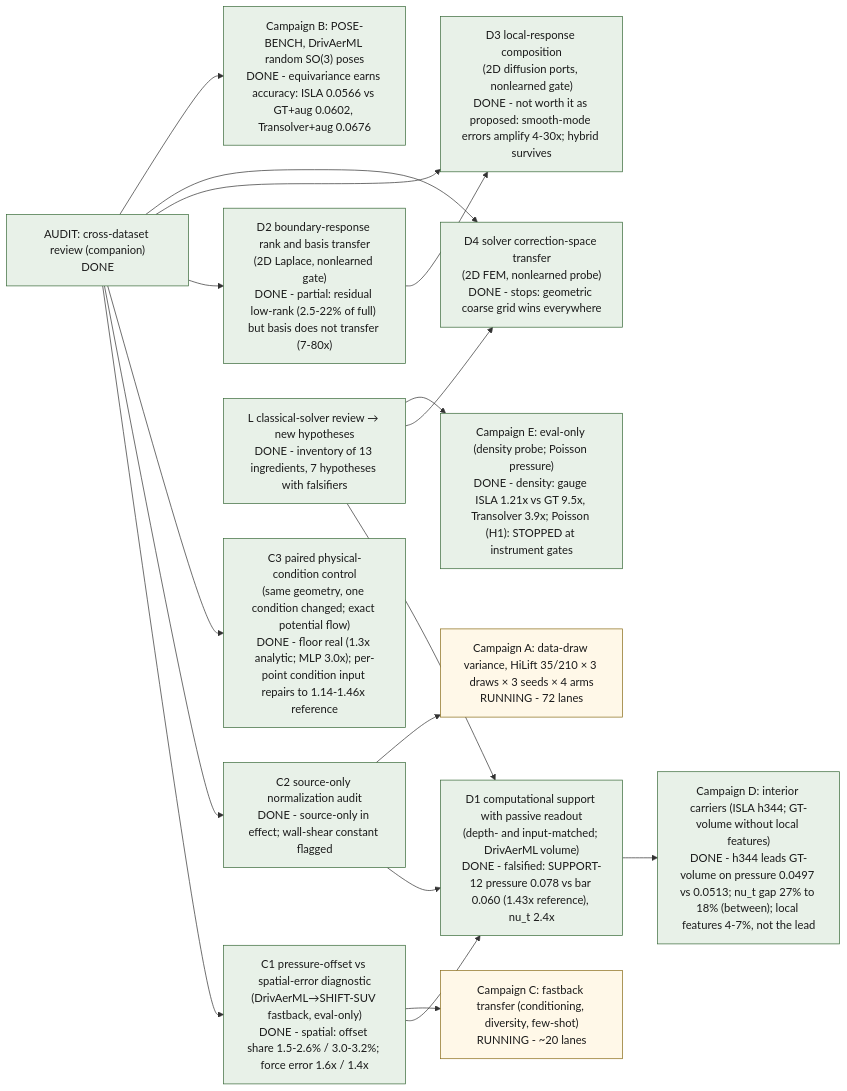
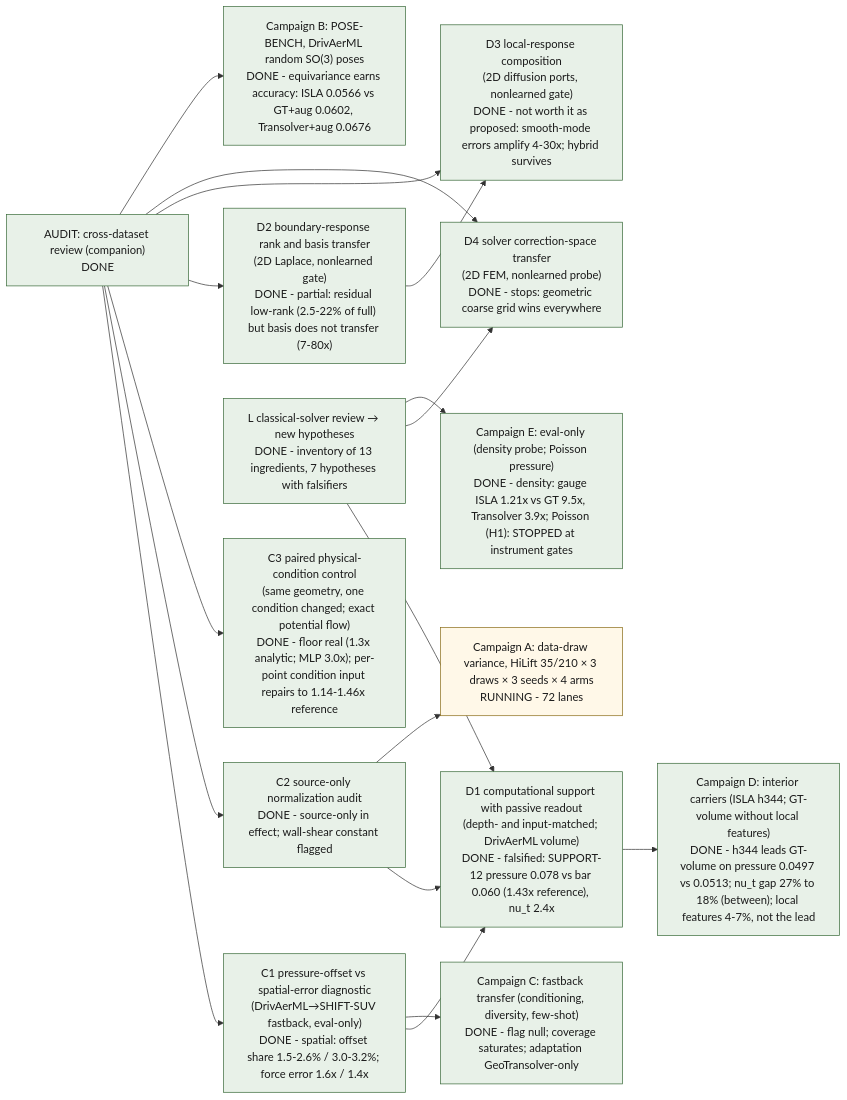
Before and after one commit to peterdsharpe/modulus: the diagram in examples/cfd/mesh_transformer/research/transfer_program/index.qmd, drawn with Mermaid. The commit also changed other lines of this file and 6 other files, not shown here.

Commit message:
Transfer program: campaign C T1 verdict (null: a per-case convention flag changes nothing on the fastback shift; full-source mixing costs ISLA 17%, GeoTransolver 4% in-family); chapter 7 conditioning section; CAMP-C done; artifact

````diff
--- a/examples/cfd/mesh_transformer/research/transfer_program/index.qmd
+++ b/examples/cfd/mesh_transformer/research/transfer_program/index.qmd
@@ -36,37 +36,37 @@
 ```{mermaid}
 flowchart LR
   classDef done fill:#e8f1e8,stroke:#3a6b3a,color:#1a1a1a
   classDef running fill:#fff8e8,stroke:#8a6d1a,color:#1a1a1a
   classDef ready fill:#eef3fb,stroke:#2a5ba8,color:#1a1a1a
   classDef planned fill:#f2f1ec,stroke:#898781,color:#1a1a1a,stroke-dasharray:4 3
   AUDIT["AUDIT: cross-dataset review (companion)<br/>DONE"]:::done
   POFF["C1 pressure-offset vs spatial-error diagnostic<br/>(DrivAerML→SHIFT-SUV fastback, eval-only)<br/>DONE - spatial: offset share 1.5-2.6% / 3.0-3.2%; force error 1.6x / 1.4x"]:::done
   SNORM["C2 source-only normalization audit<br/>DONE - source-only in effect; wall-shear constant flagged"]:::done
   PAIR["C3 paired physical-condition control<br/>(same geometry, one condition changed; exact potential flow)<br/>DONE - floor real (1.3x analytic; MLP 3.0x); per-point condition input repairs to 1.14-1.46x reference"]:::done
   SUPP["D1 computational support with passive readout<br/>(depth- and input-matched; DrivAerML volume)<br/>DONE - falsified: SUPPORT-12 pressure 0.078 vs bar 0.060 (1.43x reference), nu_t 2.4x"]:::done
   RESP["D2 boundary-response rank and basis transfer<br/>(2D Laplace, nonlearned gate)<br/>DONE - partial: residual low-rank (2.5-22% of full) but basis does not transfer (7-80x)"]:::done
   COMP["D3 local-response composition<br/>(2D diffusion ports, nonlearned gate)<br/>DONE - not worth it as proposed: smooth-mode errors amplify 4-30x; hybrid survives"]:::done
   SOLV["D4 solver correction-space transfer<br/>(2D FEM, nonlearned probe)<br/>DONE - stops: geometric coarse grid wins everywhere"]:::done
   CLASS["L classical-solver review → new hypotheses<br/>DONE - inventory of 13 ingredients, 7 hypotheses with falsifiers"]:::done
   CAMPA["Campaign A: data-draw variance, HiLift 35/210 × 3 draws × 3 seeds × 4 arms<br/>RUNNING - 72 lanes"]:::running
   CAMPB["Campaign B: POSE-BENCH, DrivAerML random SO(3) poses<br/>DONE - equivariance earns accuracy: ISLA 0.0566 vs GT+aug 0.0602, Transolver+aug 0.0676"]:::done
-  CAMPC["Campaign C: fastback transfer (conditioning, diversity, few-shot)<br/>RUNNING - ~20 lanes"]:::running
+  CAMPC["Campaign C: fastback transfer (conditioning, diversity, few-shot)<br/>DONE - flag null; coverage saturates; adaptation GeoTransolver-only"]:::done
   CAMPD["Campaign D: interior carriers (ISLA h344; GT-volume without local features)<br/>DONE - h344 leads GT-volume on pressure 0.0497 vs 0.0513; nu_t gap 27% to 18% (between); local features 4-7%, not the lead"]:::done
   CAMPE["Campaign E: eval-only (density probe; Poisson pressure)<br/>DONE - density: gauge ISLA 1.21x vs GT 9.5x, Transolver 3.9x; Poisson (H1): STOPPED at instrument gates"]:::done
   AUDIT --> POFF
   AUDIT --> SNORM
   AUDIT --> PAIR
   POFF --> SUPP
   SNORM --> SUPP
   AUDIT --> RESP
   AUDIT --> COMP
   AUDIT --> SOLV
   RESP --> COMP
   CLASS --> SUPP
   CLASS --> SOLV
   POFF --> CAMPC
   SNORM --> CAMPA
   CLASS --> CAMPE
   SUPP --> CAMPD
   AUDIT --> CAMPB
 ```
````
